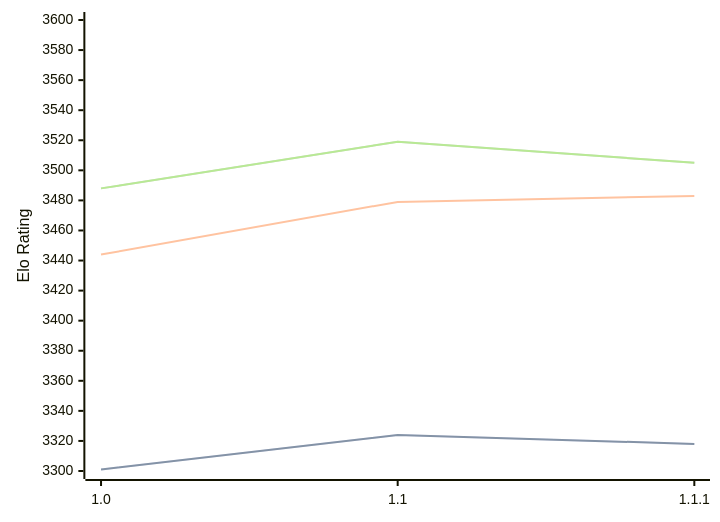
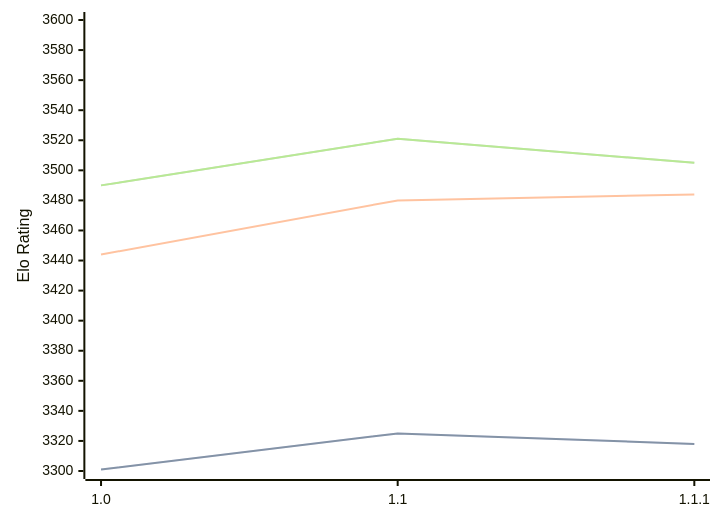
Before and after one commit to computer-chess-index/cci: the diagram in engines/Icarus.md, drawn with Mermaid. The commit also changed other lines of this file, not shown here.

Commit message:
Update CCI Ratings (ELO VLTC) - 2026-07-23

````diff
--- a/engines/Icarus.md
+++ b/engines/Icarus.md
@@ -33,11 +33,11 @@
 ```mermaid
 %%{init: {"theme":"base","themeVariables":{"seriesColors:['#a3a3a3','#222221','#faa371']}}}%%
 xychart-beta
   x-axis ["1.0", "1.1", "1.1.1"]
   y-axis "Elo Rating" 3300 --> 3600
-  line "STC (8.0+0.08s)" [3301, 3324, 3318]
-  line "STC (8.0+0.08s)" [3301, 3324, 3318]
-  line "LTC (60.0+0.60s)" [3444, 3479, 3483]
-  line "VLTC (2m24s+1.12s)" [3488, 3519, 3505]
-  line "VLTC (2m24s+1.12s)" [3488, 3519, 3505]
+  line "STC (8.0+0.08s)" [3301, 3325, 3318]
+  line "STC (8.0+0.08s)" [3301, 3325, 3318]
+  line "LTC (60.0+0.60s)" [3444, 3480, 3484]
+  line "VLTC (2m24s+1.12s)" [3490, 3521, 3505]
+  line "VLTC (2m24s+1.12s)" [3490, 3521, 3505]
 ```
````
